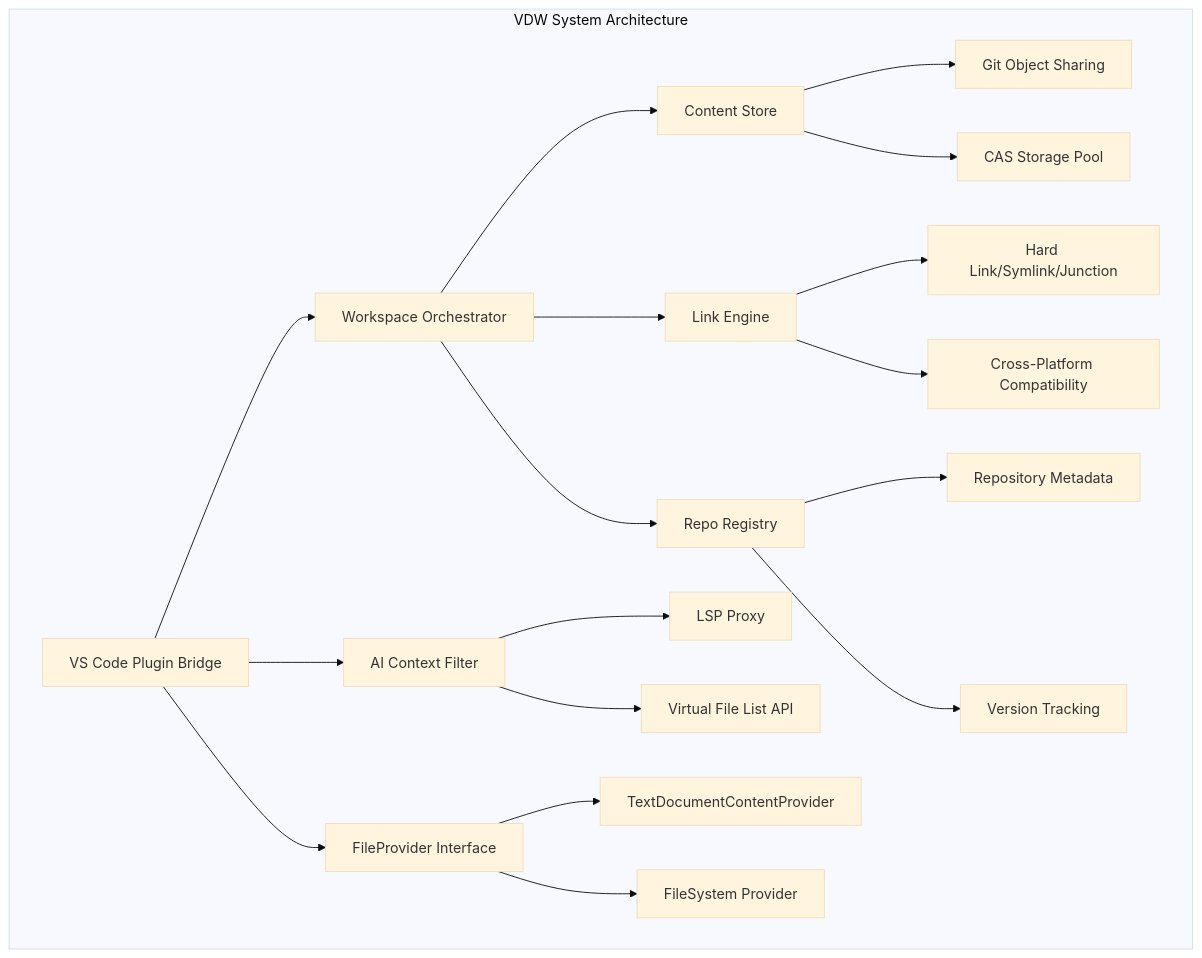
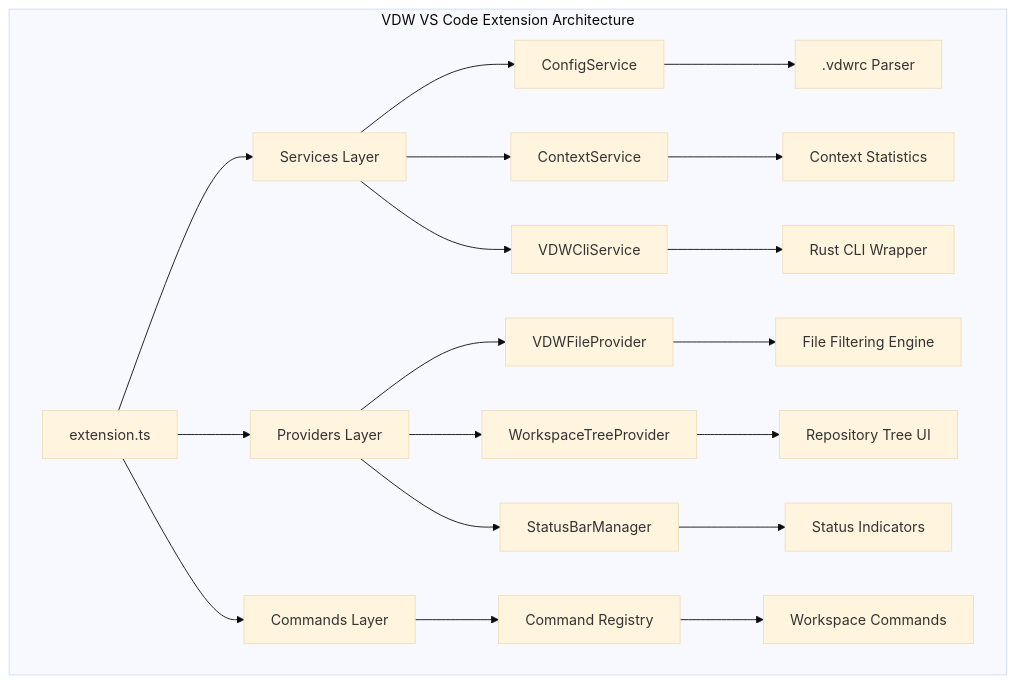
Before and after one commit to HWH-2019/vdw: the first of 6 diagrams in .qoder/repowiki/en/content/Core Features Documentation/VS Code Plugin Bridge & IDE Integration.md, drawn with Mermaid (base theme). The commit also changed other lines of this file and 23 other files, not shown here.

````diff
--- a/.qoder/repowiki/en/content/Core Features Documentation/VS Code Plugin Bridge & IDE Integration.md
+++ b/.qoder/repowiki/en/content/Core Features Documentation/VS Code Plugin Bridge & IDE Integration.md
@@ -28,21 +48,22 @@
 ```mermaid
 graph TB
-subgraph "VDW System Architecture"
-A[VS Code Plugin Bridge] --> B[Workspace Orchestrator]
-A --> C[AI Context Filter]
-A --> D[FileProvider Interface]
-B --> E[Content Store]
-B --> F[Link Engine]
-B --> G[Repo Registry]
-C --> H[LSP Proxy]
-C --> I[Virtual File List API]
-D --> J[TextDocumentContentProvider]
-D --> K[FileSystem Provider]
-E --> L[Git Object Sharing]
-E --> M[CAS Storage Pool]
-F --> N[Hard Link/Symlink/Junction]
-F --> O[Cross-Platform Compatibility]
-G --> P[Repository Metadata]
-G --> Q[Version Tracking]
+subgraph "VDW VS Code Extension Architecture"
+A[extension.ts] --> B[Services Layer]
+A --> C[Providers Layer]
+A --> D[Commands Layer]
+B --> E[ConfigService]
+B --> F[ContextService]
+B --> G[VDWCliService]
+C --> H[VDWFileProvider]
+C --> I[WorkspaceTreeProvider]
+C --> J[StatusBarManager]
+D --> K[Command Registry]
+E --> L[.vdwrc Parser]
+F --> M[Context Statistics]
+G --> N[Rust CLI Wrapper]
+H --> O[File Filtering Engine]
+I --> P[Repository Tree UI]
+J --> Q[Status Indicators]
+K --> R[Workspace Commands]
 end
 ```
````
